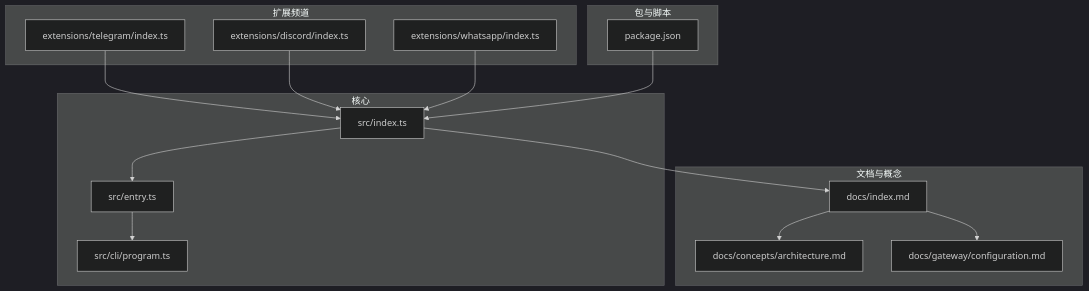
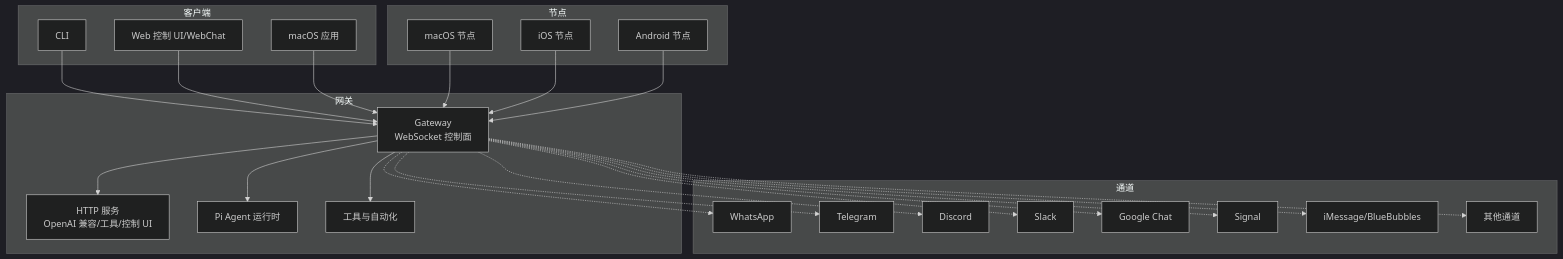
The second of 5 diagrams in repowiki/zh/content/项目概述/项目概述.md (botx-work/OpenClaw-Internals), drawn with Mermaid (dark theme) before and after one commit. The commit also changed other lines of this file and 542 other files, not shown here.

````diff
--- a/repowiki/zh/content/项目概述/项目概述.md
+++ b/repowiki/zh/content/项目概述/项目概述.md
@@ -49,30 +102,46 @@
 ```mermaid
 graph TB
-subgraph "核心"
-SRC_INDEX["src/index.ts"]
-SRC_ENTRY["src/entry.ts"]
-CLI_PROG["src/cli/program.ts"]
+subgraph "客户端"
+CLI["CLI"]
+Web["Web 控制 UI/WebChat"]
+macOS["macOS 应用"]
 end
-subgraph "文档与概念"
-DOCS_INDEX["docs/index.md"]
-ARCH["docs/concepts/architecture.md"]
-CFG["docs/gateway/configuration.md"]
+subgraph "网关"
+GW["Gateway<br/>WebSocket 控制面"]
+HTTP["HTTP 服务<br/>OpenAI 兼容/工具/控制 UI"]
+Agent["Pi Agent 运行时"]
+Tools["工具与自动化"]
 end
-subgraph "扩展频道"
-EXT_TELE["extensions/telegram/index.ts"]
-EXT_DISC["extensions/discord/index.ts"]
-EXT_WHATS["extensions/whatsapp/index.ts"]
+subgraph "节点"
+NodeMac["macOS 节点"]
+NodeiOS["iOS 节点"]
+NodeAndroid["Android 节点"]
 end
-subgraph "包与脚本"
-PKG["package.json"]
+subgraph "通道"
+WA["WhatsApp"]
+TG["Telegram"]
+DC["Discord"]
+SL["Slack"]
+GC["Google Chat"]
+SI["Signal"]
+IM["iMessage/BlueBubbles"]
+Others["其他通道"]
 end
-SRC_INDEX --> SRC_ENTRY
-SRC_ENTRY --> CLI_PROG
-SRC_INDEX --> DOCS_INDEX
-DOCS_INDEX --> ARCH
-DOCS_INDEX --> CFG
-EXT_TELE --> SRC_INDEX
-EXT_DISC --> SRC_INDEX
-EXT_WHATS --> SRC_INDEX
-PKG --> SRC_INDEX
+CLI --> GW
+Web --> GW
+macOS --> GW
+GW --> Agent
+GW --> Tools
+GW --> HTTP
+NodeMac --> GW
+NodeiOS --> GW
+NodeAndroid --> GW
+GW -.-> WA
+GW -.-> TG
+GW -.-> DC
+GW -.-> SL
+GW -.-> GC
+GW -.-> SI
+GW -.-> IM
+GW -.-> Others
 ```
````
